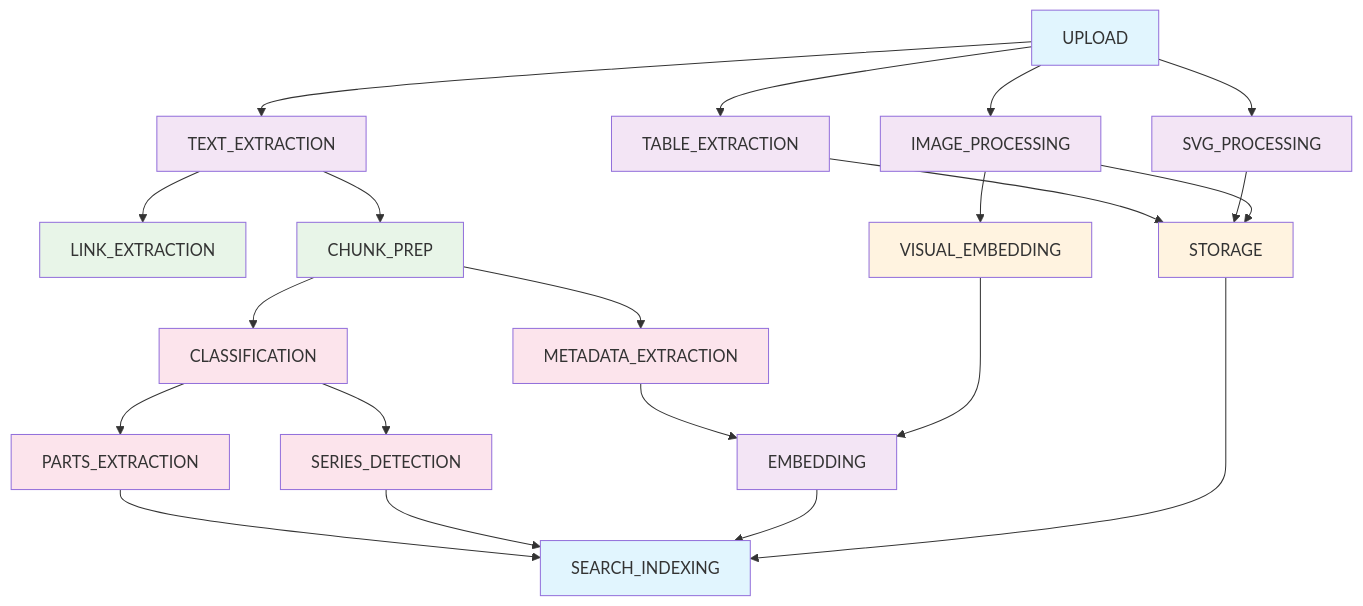
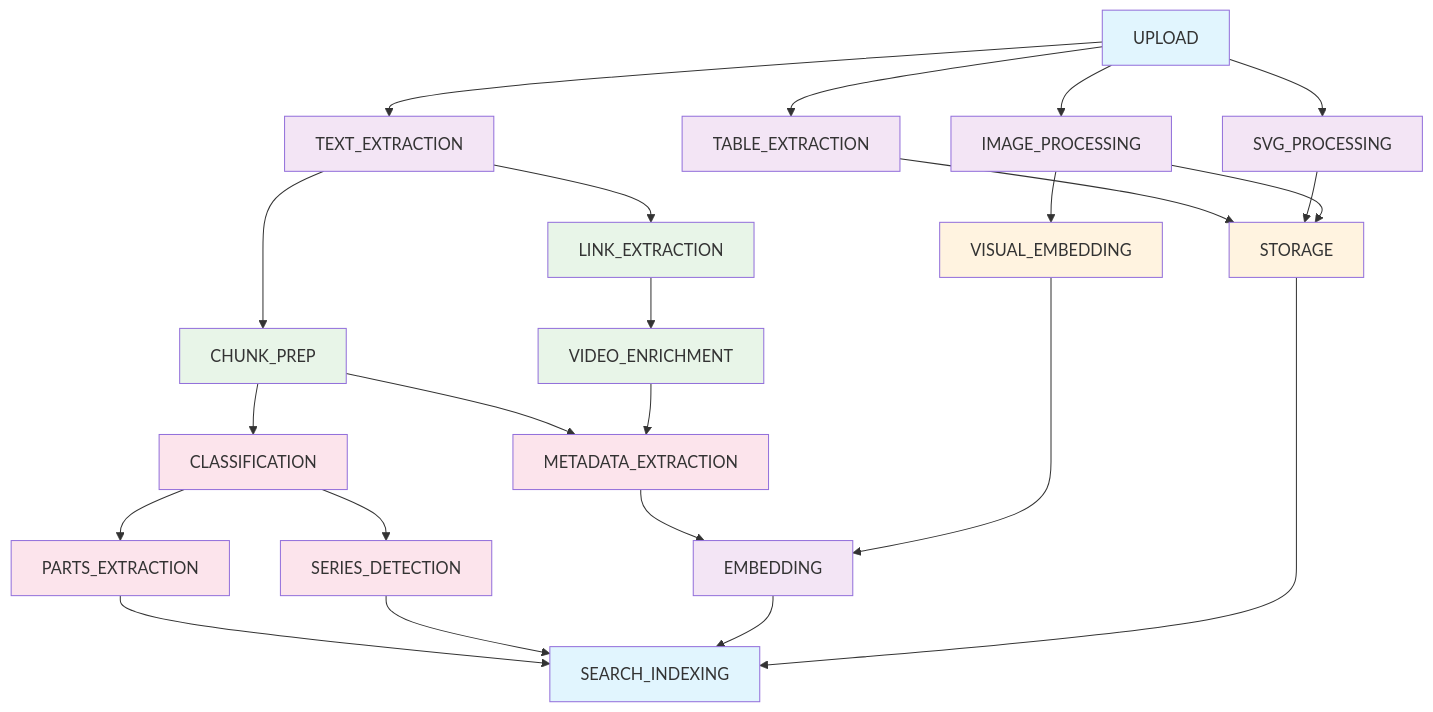
Before and after one commit to Kunze-Ritter/Manual2Vector: the second of 3 diagrams in docs/processor/PIPELINE_ARCHITECTURE.md, drawn with Mermaid. The commit also changed other lines of this file and 82 other files, not shown here.

````diff
--- a/docs/processor/PIPELINE_ARCHITECTURE.md
+++ b/docs/processor/PIPELINE_ARCHITECTURE.md
@@ -93,46 +96,49 @@
 ```mermaid
 graph TD
     UPLOAD[UPLOAD] --> TEXT_EXTRACTION
     UPLOAD --> TABLE_EXTRACTION
     UPLOAD --> SVG_PROCESSING
     UPLOAD --> IMAGE_PROCESSING
     
     TEXT_EXTRACTION --> LINK_EXTRACTION
+    LINK_EXTRACTION --> VIDEO_ENRICHMENT
     TEXT_EXTRACTION --> CHUNK_PREP
     
     IMAGE_PROCESSING --> VISUAL_EMBEDDING
     
     TABLE_EXTRACTION --> STORAGE
     SVG_PROCESSING --> STORAGE
     IMAGE_PROCESSING --> STORAGE
     
     CHUNK_PREP --> CLASSIFICATION
     CHUNK_PREP --> METADATA_EXTRACTION
+    VIDEO_ENRICHMENT --> METADATA_EXTRACTION
     
     CLASSIFICATION --> PARTS_EXTRACTION
     CLASSIFICATION --> SERIES_DETECTION
     
     METADATA_EXTRACTION --> EMBEDDING
     VISUAL_EMBEDDING --> EMBEDDING
     
     PARTS_EXTRACTION --> SEARCH_INDEXING
     SERIES_DETECTION --> SEARCH_INDEXING
     EMBEDDING --> SEARCH_INDEXING
     STORAGE --> SEARCH_INDEXING
     
     style UPLOAD fill:#e1f5fe
     style TEXT_EXTRACTION fill:#f3e5f5
     style TABLE_EXTRACTION fill:#f3e5f5
     style SVG_PROCESSING fill:#f3e5f5
     style IMAGE_PROCESSING fill:#f3e5f5
     style LINK_EXTRACTION fill:#e8f5e8
+    style VIDEO_ENRICHMENT fill:#e8f5e8
     style CHUNK_PREP fill:#e8f5e8
     style STORAGE fill:#fff3e0
     style VISUAL_EMBEDDING fill:#fff3e0
     style CLASSIFICATION fill:#fce4ec
     style METADATA_EXTRACTION fill:#fce4ec
     style PARTS_EXTRACTION fill:#fce4ec
     style SERIES_DETECTION fill:#fce4ec
     style EMBEDDING fill:#f3e5f5
     style SEARCH_INDEXING fill:#e1f5fe
 ```
````
